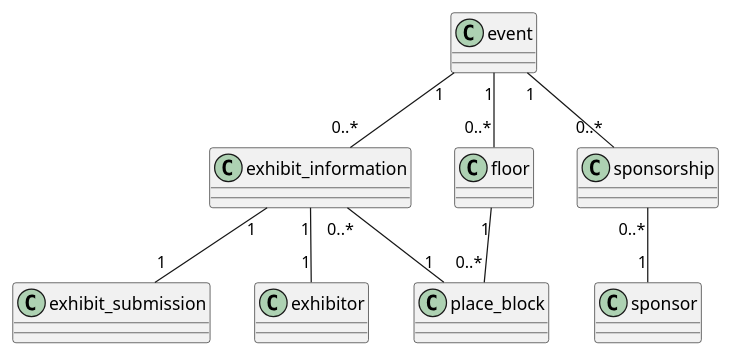
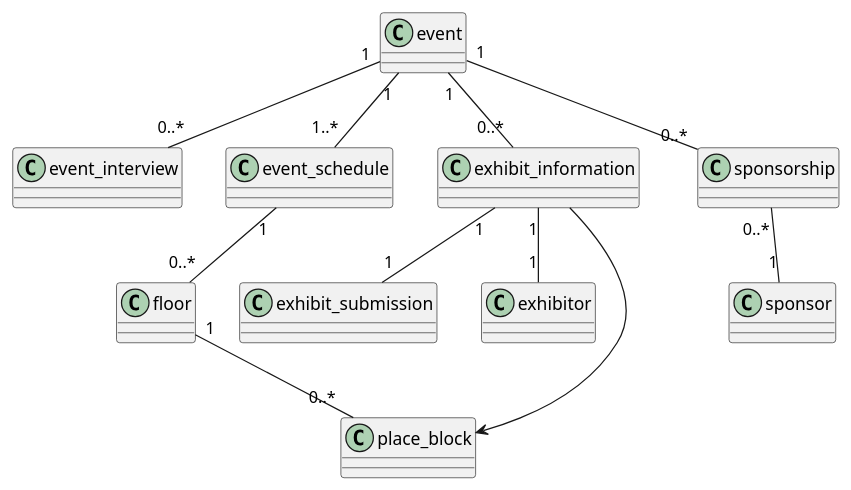
Before and after one commit to tytfpmsw/tokyo-game-dungeon: the diagram in class-diagram.pu, drawn with PlantUML. The commit also changed 27 other files, not shown here.

```diff
--- a/class-diagram.pu
+++ b/class-diagram.pu
@@ -1,19 +1,23 @@
 @startuml class
 class event
+class event_interview
+class event_schedule
 class exhibit_information
 class exhibit_submission
 class exhibitor
 class floor
 class place_block
 class sponsor
 class sponsorship
 
-event "1" -- "0..*" floor
+event "1" -- "1..*" event_schedule
+event "1" -- "0..*" event_interview
+event_schedule "1" -- "0..*" floor
 floor "1" -- "0..*" place_block
 exhibit_information "1" -- "1" exhibit_submission
 exhibit_information "1" -- "1" exhibitor
 event "1" -- "0..*" sponsorship
 sponsorship "0..*" -- "1" sponsor
 event "1" -- "0..*" exhibit_information
-exhibit_information "0..*" -- "1" place_block
+exhibit_information --> place_block
 @enduml
```
